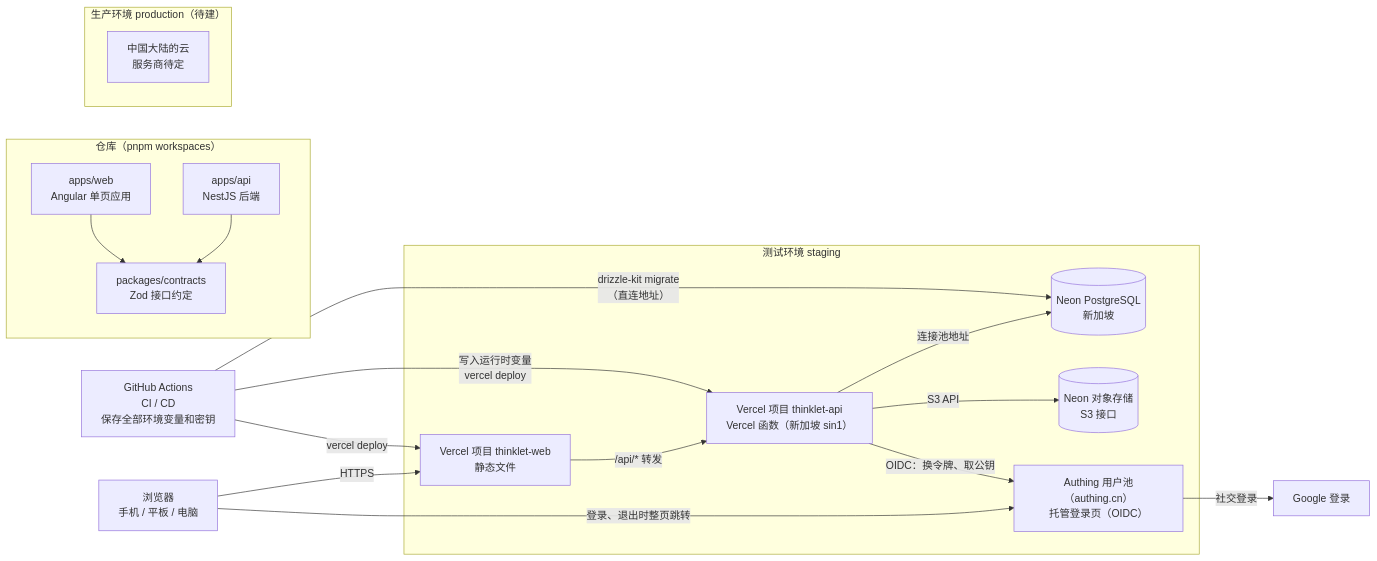
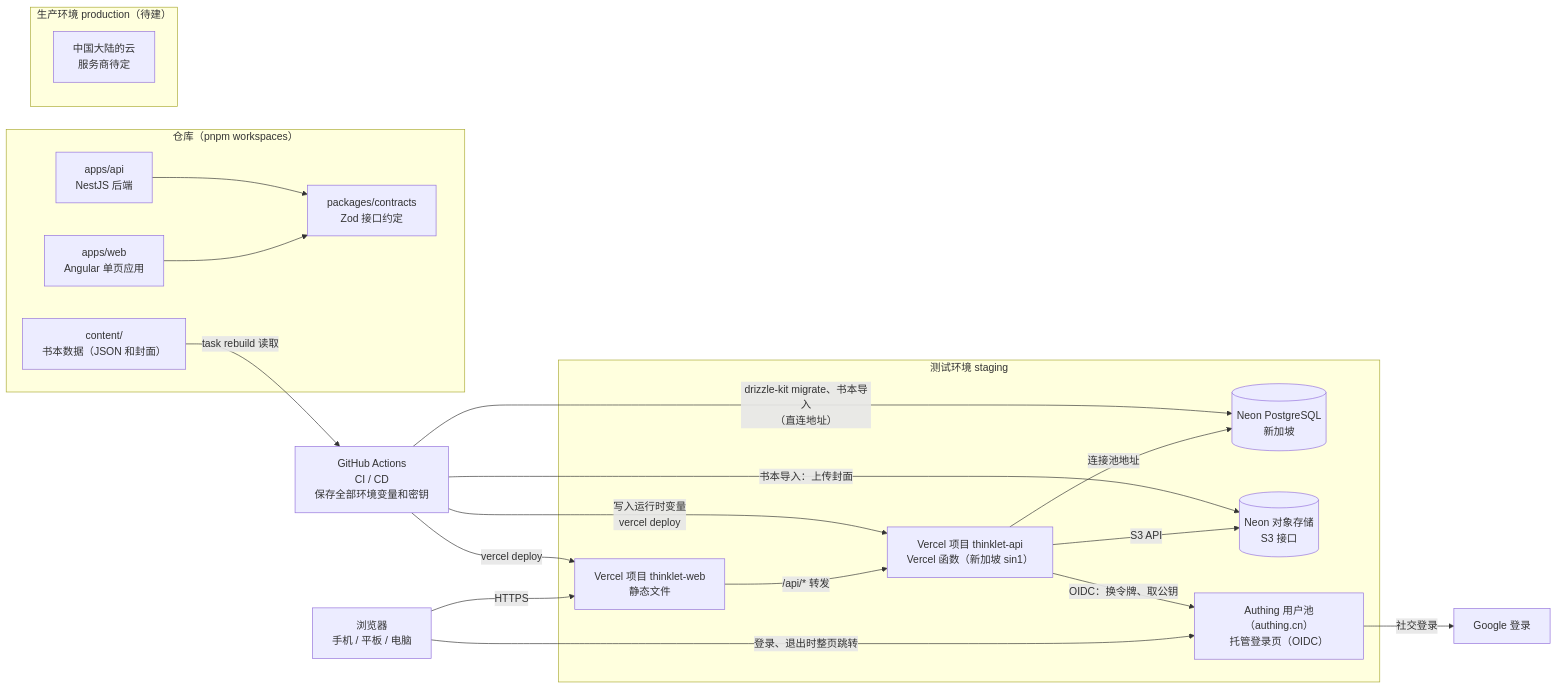
The diagram in .docs/architecture.md (juanchaopan/thinklet), drawn with Mermaid before and after one commit. The commit also changed other lines of this file and 5 other files, not shown here.

````diff
--- a/.docs/architecture.md
+++ b/.docs/architecture.md
@@ -9,37 +9,40 @@
 ```mermaid
 flowchart LR
   browser["浏览器<br/>手机 / 平板 / 电脑"]
 
   subgraph repo["仓库（pnpm workspaces）"]
     web["apps/web<br/>Angular 单页应用"]
     api["apps/api<br/>NestJS 后端"]
     contracts["packages/contracts<br/>Zod 接口约定"]
+    content["content/<br/>书本数据（JSON 和封面）"]
   end
 
   subgraph staging["测试环境 staging"]
     vweb["Vercel 项目 thinklet-web<br/>静态文件"]
     vapi["Vercel 项目 thinklet-api<br/>Vercel 函数（新加坡 sin1）"]
     npg[("Neon PostgreSQL<br/>新加坡")]
     ns3[("Neon 对象存储<br/>S3 接口")]
     authing["Authing 用户池（authing.cn）<br/>托管登录页（OIDC）"]
   end
 
   subgraph production["生产环境 production（待建）"]
     cn["中国大陆的云<br/>服务商待定"]
   end
 
   google["Google 登录"]
 
   web --> contracts
   api --> contracts
   browser -->|"HTTPS"| vweb
   browser -->|"登录、退出时整页跳转"| authing
   vweb -->|"/api/* 转发"| vapi
   vapi -->|"连接池地址"| npg
   vapi -->|"S3 API"| ns3
   vapi -->|"OIDC：换令牌、取公钥"| authing
   authing -->|"社交登录"| google
-  gha["GitHub Actions<br/>CI / CD<br/>保存全部环境变量和密钥"] -->|"drizzle-kit migrate<br/>（直连地址）"| npg
+  gha["GitHub Actions<br/>CI / CD<br/>保存全部环境变量和密钥"] -->|"drizzle-kit migrate、书本导入<br/>（直连地址）"| npg
+  content -->|"task rebuild 读取"| gha
+  gha -->|"书本导入：上传封面"| ns3
   gha -->|"vercel deploy"| vweb
   gha -->|"写入运行时变量<br/>vercel deploy"| vapi
 ```
````
